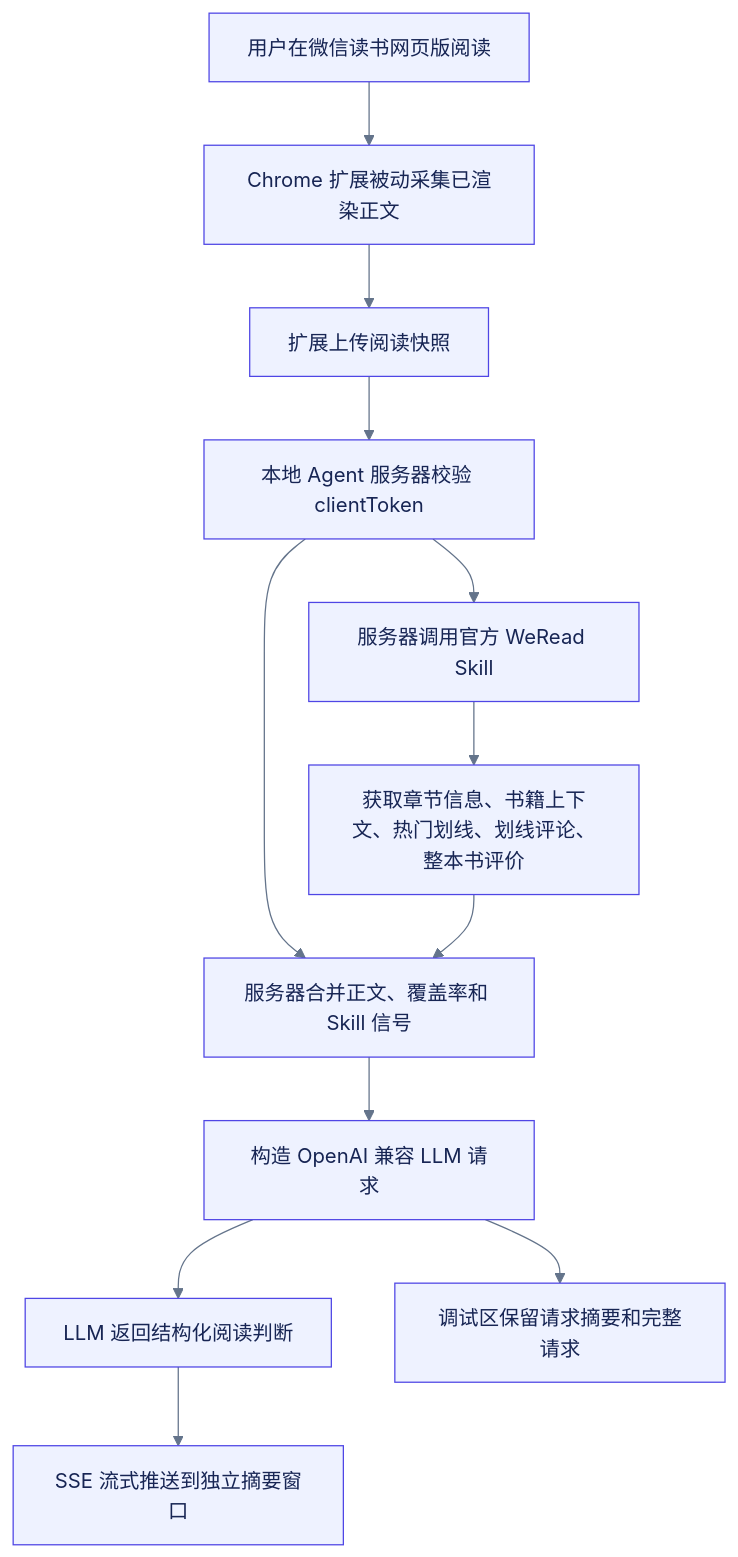
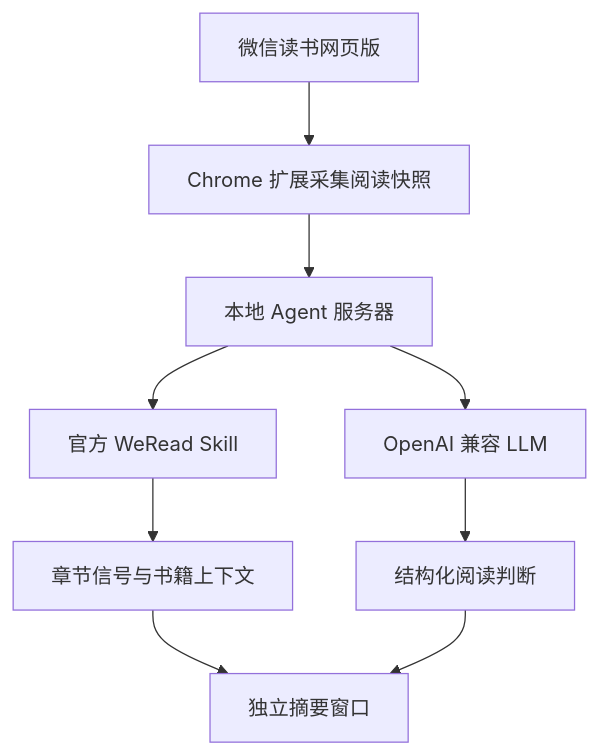
One commit to unix2dos/weread-ai-reader changed the diagram in README.md. Above: the diagram before and after it, drawn with Mermaid. The commit also changed other lines of this file and 3 other files, not shown here.

````diff
--- a/README.md
+++ b/README.md
@@ -42,15 +23,11 @@
 ```mermaid
-%%{init: {'theme': 'base', 'themeVariables': { 'primaryColor': '#EEF2FF', 'primaryTextColor': '#172554', 'primaryBorderColor': '#4F46E5', 'lineColor': '#64748B', 'secondaryColor': '#ECFDF5', 'tertiaryColor': '#FFF7ED'}}}%%
 flowchart TD
-  A["用户在微信读书网页版阅读"] --> B["Chrome 扩展被动采集已渲染正文"]
-  B --> C["扩展上传阅读快照"]
-  C --> D["本地 Agent 服务器校验 clientToken"]
-  D --> E["服务器调用官方 WeRead Skill"]
-  E --> F["获取章节信息、书籍上下文、热门划线、划线评论、整本书评价"]
-  D --> G["服务器合并正文、覆盖率和 Skill 信号"]
-  F --> G
-  G --> H["构造 OpenAI 兼容 LLM 请求"]
-  H --> I["LLM 返回结构化阅读判断"]
-  I --> J["SSE 流式推送到独立摘要窗口"]
-  H --> K["调试区保留请求摘要和完整请求"]
+  A["微信读书网页版"] --> B["Chrome 扩展采集阅读快照"]
+  B --> C["本地 Agent 服务器"]
+  C --> D["官方 WeRead Skill"]
+  C --> E["OpenAI 兼容 LLM"]
+  D --> F["章节信号与书籍上下文"]
+  E --> G["结构化阅读判断"]
+  F --> H["独立摘要窗口"]
+  G --> H
 ```
````
